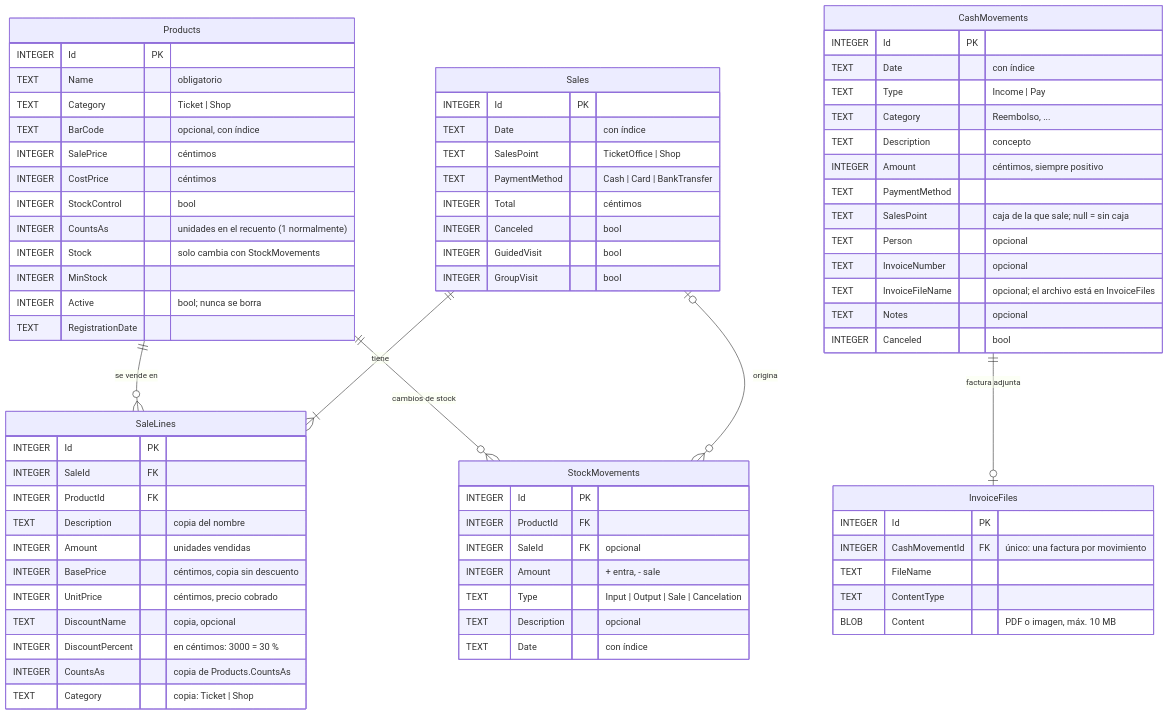
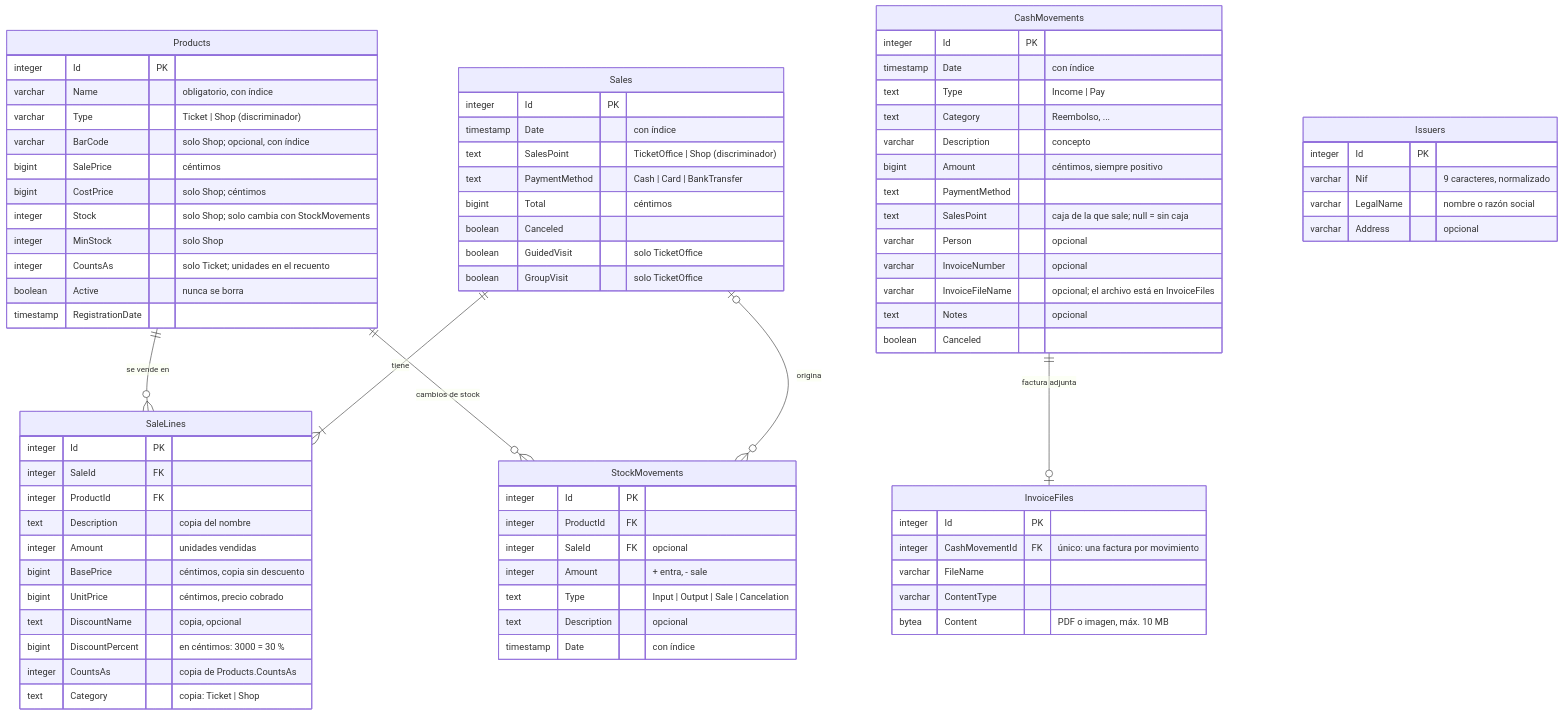
The diagram in docs/base-de-datos.md (Mario-Miguel/quick-inventory), drawn with Mermaid before and after one commit. The commit also changed other lines of this file and 31 other files, not shown here.

````diff
--- a/docs/base-de-datos.md
+++ b/docs/base-de-datos.md
@@ -17,76 +18,82 @@
     CashMovements ||--o| InvoiceFiles : "factura adjunta"
 
     Products {
-        INTEGER Id PK
-        TEXT Name "obligatorio"
-        TEXT Category "Ticket | Shop"
-        TEXT BarCode "opcional, con índice"
-        INTEGER SalePrice "céntimos"
-        INTEGER CostPrice "céntimos"
-        INTEGER StockControl "bool"
-        INTEGER CountsAs "unidades en el recuento (1 normalmente)"
-        INTEGER Stock "solo cambia con StockMovements"
-        INTEGER MinStock
-        INTEGER Active "bool; nunca se borra"
-        TEXT RegistrationDate
+        integer Id PK
+        varchar Name "obligatorio, con índice"
+        varchar Type "Ticket | Shop (discriminador)"
+        varchar BarCode "solo Shop; opcional, con índice"
+        bigint SalePrice "céntimos"
+        bigint CostPrice "solo Shop; céntimos"
+        integer Stock "solo Shop; solo cambia con StockMovements"
+        integer MinStock "solo Shop"
+        integer CountsAs "solo Ticket; unidades en el recuento"
+        boolean Active "nunca se borra"
+        timestamp RegistrationDate
     }
 
     Sales {
-        INTEGER Id PK
-        TEXT Date "con índice"
-        TEXT SalesPoint "TicketOffice | Shop"
-        TEXT PaymentMethod "Cash | Card | BankTransfer"
-        INTEGER Total "céntimos"
-        INTEGER Canceled "bool"
-        INTEGER GuidedVisit "bool"
-        INTEGER GroupVisit "bool"
+        integer Id PK
+        timestamp Date "con índice"
+        text SalesPoint "TicketOffice | Shop (discriminador)"
+        text PaymentMethod "Cash | Card | BankTransfer"
+        bigint Total "céntimos"
+        boolean Canceled
+        boolean GuidedVisit "solo TicketOffice"
+        boolean GroupVisit "solo TicketOffice"
     }
 
     SaleLines {
-        INTEGER Id PK
-        INTEGER SaleId FK
-        INTEGER ProductId FK
-        TEXT Description "copia del nombre"
-        INTEGER Amount "unidades vendidas"
-        INTEGER BasePrice "céntimos, copia sin descuento"
-        INTEGER UnitPrice "céntimos, precio cobrado"
-        TEXT DiscountName "copia, opcional"
-        INTEGER DiscountPercent "en céntimos: 3000 = 30 %"
-        INTEGER CountsAs "copia de Products.CountsAs"
-        TEXT Category "copia: Ticket | Shop"
+        integer Id PK
+        integer SaleId FK
+        integer ProductId FK
+        text Description "copia del nombre"
+        integer Amount "unidades vendidas"
+        bigint BasePrice "céntimos, copia sin descuento"
+        bigint UnitPrice "céntimos, precio cobrado"
+        text DiscountName "copia, opcional"
+        bigint DiscountPercent "en céntimos: 3000 = 30 %"
+        integer CountsAs "copia de Products.CountsAs"
+        text Category "copia: Ticket | Shop"
     }
 
     StockMovements {
-        INTEGER Id PK
-        INTEGER ProductId FK
-        INTEGER SaleId FK "opcional"
-        INTEGER Amount "+ entra, - sale"
-        TEXT Type "Input | Output | Sale | Cancelation"
-        TEXT Description "opcional"
-        TEXT Date "con índice"
+        integer Id PK
+        integer ProductId FK
+        integer SaleId FK "opcional"
+        integer Amount "+ entra, - sale"
+        text Type "Input | Output | Sale | Cancelation"
+        text Description "opcional"
+        timestamp Date "con índice"
     }
 
     CashMovements {
-        INTEGER Id PK
-        TEXT Date "con índice"
-        TEXT Type "Income | Pay"
-        TEXT Category "Reembolso, ..."
-        TEXT Description "concepto"
-        INTEGER Amount "céntimos, siempre positivo"
-        TEXT PaymentMethod
-        TEXT SalesPoint "caja de la que sale; null = sin caja"
-        TEXT Person "opcional"
-        TEXT InvoiceNumber "opcional"
-        TEXT InvoiceFileName "opcional; el archivo está en InvoiceFiles"
-        TEXT Notes "opcional"
-        INTEGER Canceled "bool"
+        integer Id PK
+        timestamp Date "con índice"
+        text Type "Income | Pay"
+        text Category "Reembolso, ..."
+        varchar Description "concepto"
+        bigint Amount "céntimos, siempre positivo"
+        text PaymentMethod
+        text SalesPoint "caja de la que sale; null = sin caja"
+        varchar Person "opcional"
+        varchar InvoiceNumber "opcional"
+        varchar InvoiceFileName "opcional; el archivo está en InvoiceFiles"
+        text Notes "opcional"
+        boolean Canceled
     }
 
     InvoiceFiles {
-        INTEGER Id PK
-        INTEGER CashMovementId FK "único: una factura por movimiento"
-        TEXT FileName
-        TEXT ContentType
-        BLOB Content "PDF o imagen, máx. 10 MB"
+        integer Id PK
+        integer CashMovementId FK "único: una factura por movimiento"
+        varchar FileName
+        varchar ContentType
+        bytea Content "PDF o imagen, máx. 10 MB"
+    }
+
+    Issuers {
+        integer Id PK
+        varchar Nif "9 caracteres, normalizado"
+        varchar LegalName "nombre o razón social"
+        varchar Address "opcional"
     }
 ```
````
